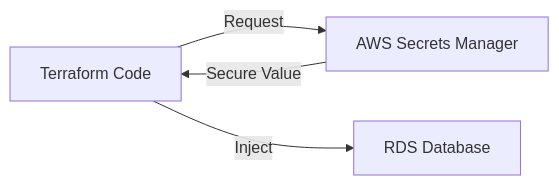
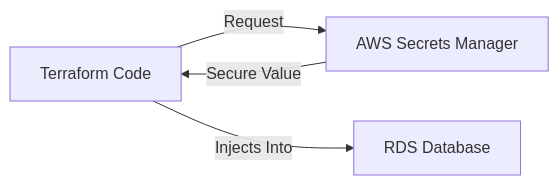
One commit to Ritik12062002/Terraform_RoadMap changed the diagram in terraform_roadmap/labs/day17-secrets/README.md. Above: the diagram before and after it, drawn with Mermaid. The commit also changed other lines of this file and 17 other files, not shown here.

Commit message:
Terraform Roadmap

````diff
--- a/terraform_roadmap/labs/day17-secrets/README.md
+++ b/terraform_roadmap/labs/day17-secrets/README.md
@@ -32,6 +48,6 @@
 ```mermaid
 graph LR
     Code[Terraform Code] -- Request --> SM[AWS Secrets Manager]
     SM -- Secure Value --> Code
-    Code -- Inject --> RDS[RDS Database]
+    Code -- Injects Into --> RDS[RDS Database]
 ```
````
